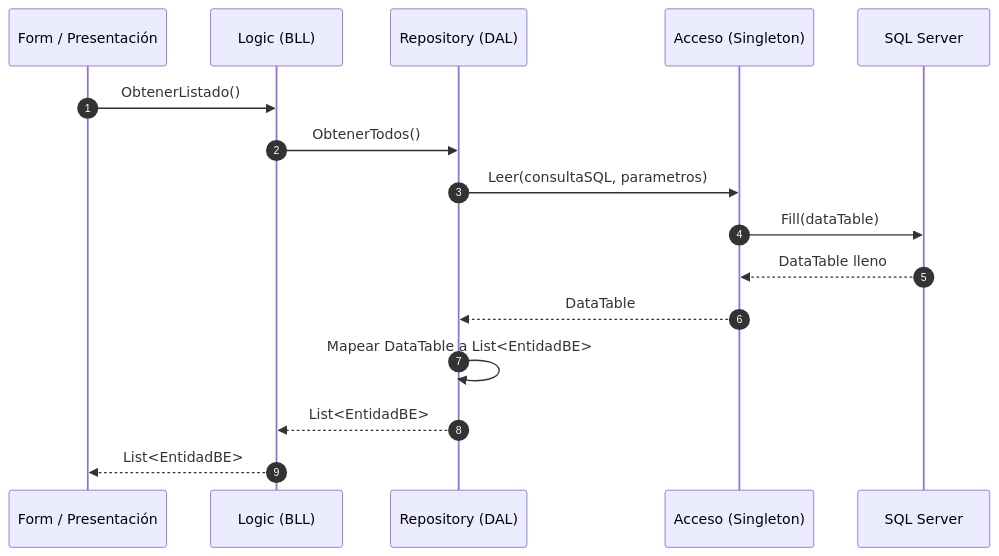
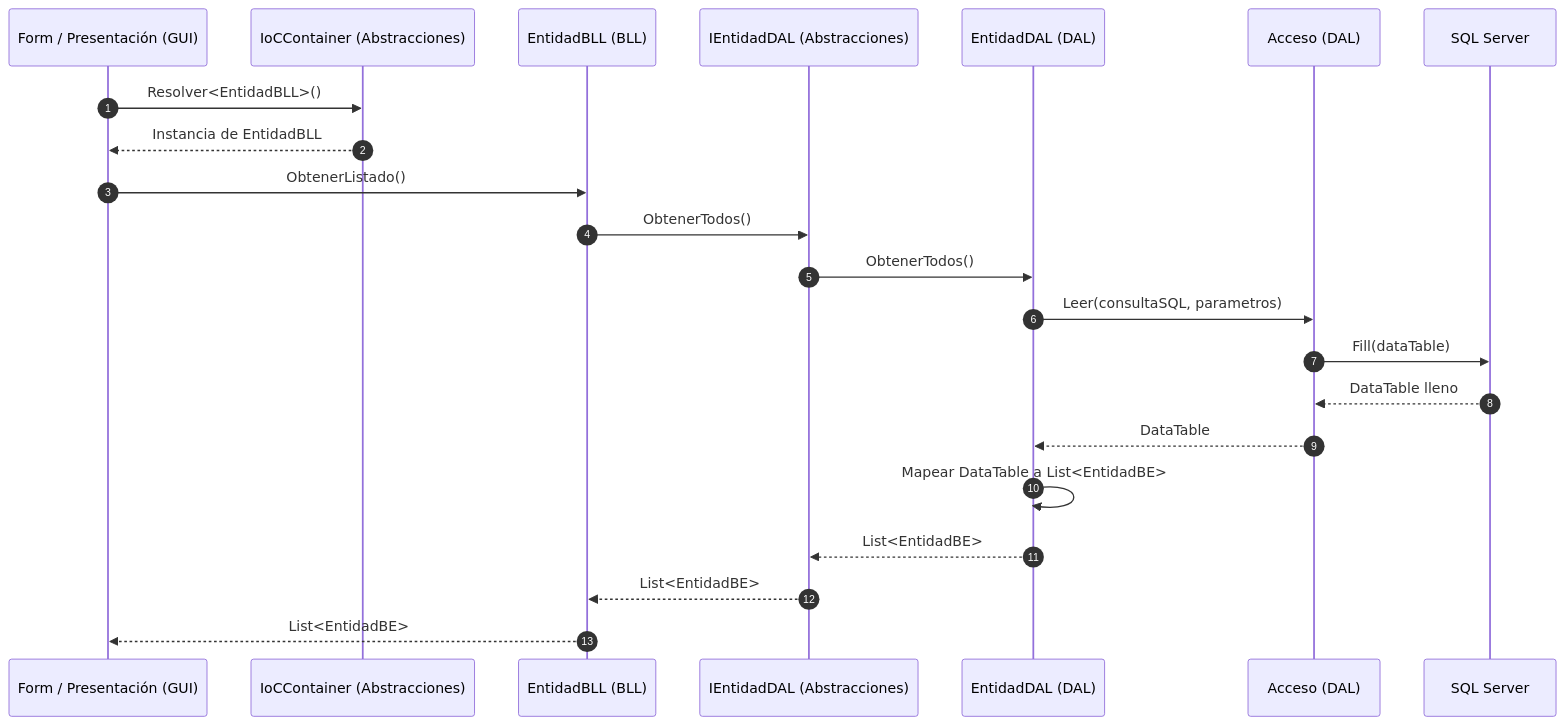
Before and after one commit to LautiSmyth/Stach: the third of 25 diagrams in Documentacion/diagrams_code.md, drawn with Mermaid. The commit also changed other lines of this file, not shown here.

Commit message:
Doc: Update sequence and module class diagrams to explicitly include the Abstracciones layer interfaces and IoCContainer

````diff
--- a/Documentacion/diagrams_code.md
+++ b/Documentacion/diagrams_code.md
@@ -75,19 +82,25 @@
 ```mermaid
 sequenceDiagram
     autonumber
-    participant GUI as Form / Presentación
-    participant BLL as Logic (BLL)
-    participant DAL as Repository (DAL)
-    participant Acc as Acceso (Singleton)
+    participant GUI as Form / Presentación (GUI)
+    participant IoC as IoCContainer (Abstracciones)
+    participant BLL as EntidadBLL (BLL)
+    participant IDAL as IEntidadDAL (Abstracciones)
+    participant DAL as EntidadDAL (DAL)
+    participant Acc as Acceso (DAL)
     participant DB as SQL Server
 
+    GUI->>IoC: Resolver<EntidadBLL>()
+    IoC-->>GUI: Instancia de EntidadBLL
     GUI->>BLL: ObtenerListado()
-    BLL->>DAL: ObtenerTodos()
+    BLL->>IDAL: ObtenerTodos()
+    IDAL->>DAL: ObtenerTodos()
     DAL->>Acc: Leer(consultaSQL, parametros)
     Acc->>DB: Fill(dataTable)
     DB-->>Acc: DataTable lleno
     Acc-->>DAL: DataTable
     DAL->>DAL: Mapear DataTable a List<EntidadBE>
-    DAL-->>BLL: List<EntidadBE>
+    DAL-->>IDAL: List<EntidadBE>
+    IDAL-->>BLL: List<EntidadBE>
     BLL-->>GUI: List<EntidadBE>
 ```
````
